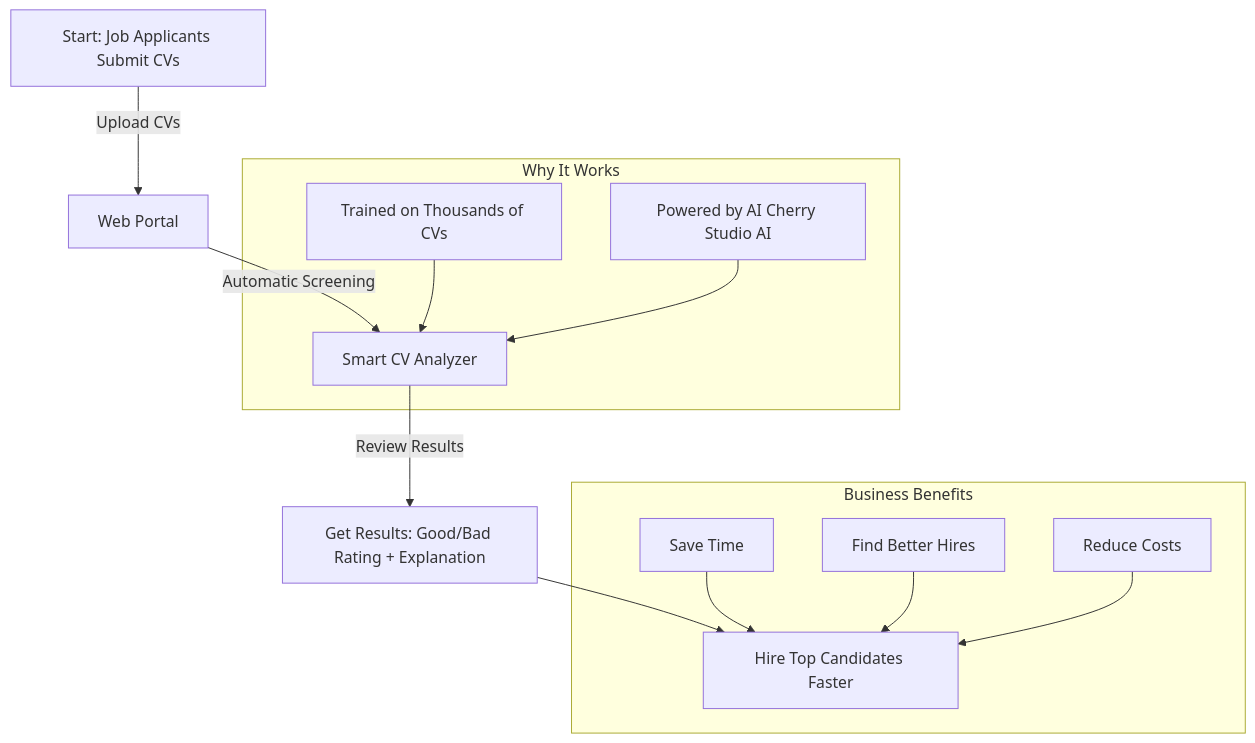
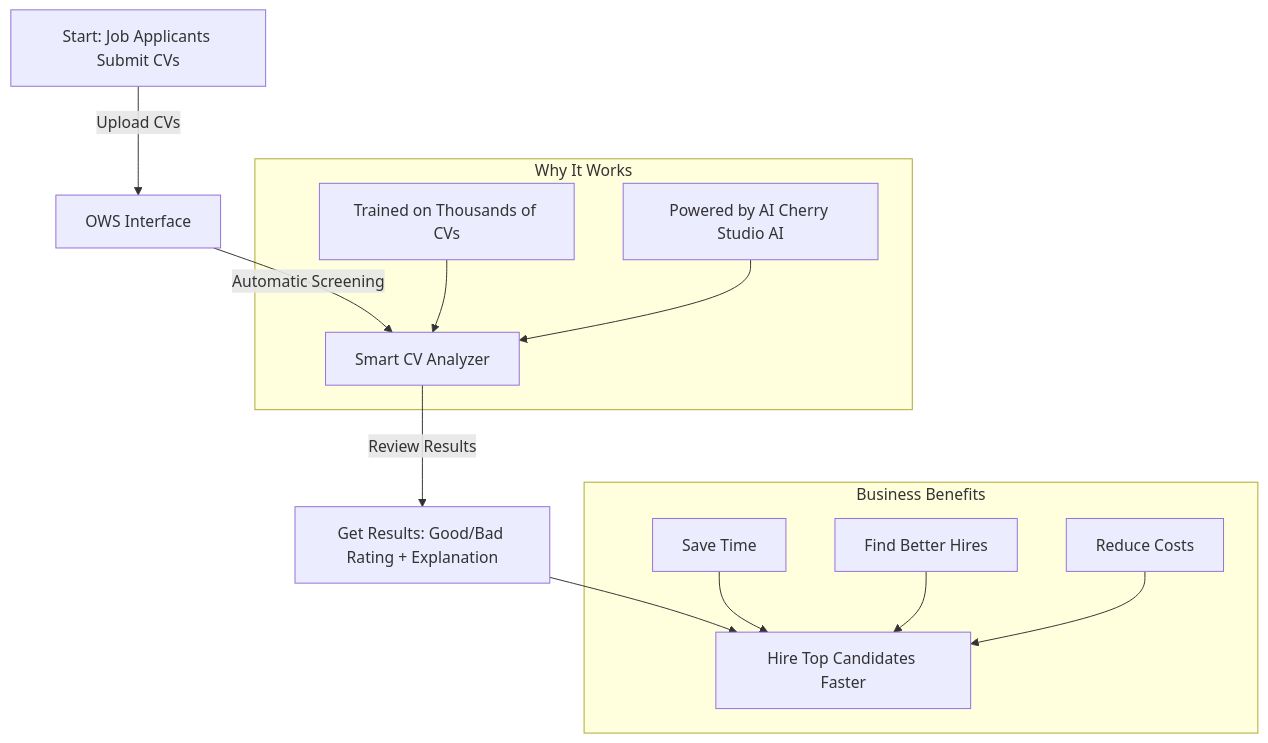
One commit to moses000/mysoftware-resume-classifier changed the first of 2 diagrams in README.md. Above: the diagram before and after it, drawn with Mermaid.

````diff
--- a/README.md
+++ b/README.md
@@ -21,18 +21,18 @@
 ```mermaid
 graph TD
-    A[Start: Job Applicants Submit CVs] -->|Upload CVs| B[Web Portal]
+    A[Start: Job Applicants Submit CVs] -->|Upload CVs| B[OWS Interface]
     B -->|Automatic Screening| C[Smart CV Analyzer]
     C -->|Review Results| D[Get Results: Good/Bad Rating + Explanation]
     D --> E[Hire Top Candidates Faster]
     
     subgraph Why It Works
         W1[Trained on Thousands of CVs] --> C
         W2[Powered by AI Cherry Studio AI] --> C
     end
     
     subgraph Business Benefits
         B1[Save Time] --> E
         B2[Find Better Hires] --> E
         B3[Reduce Costs] --> E
     end
 ```
````
